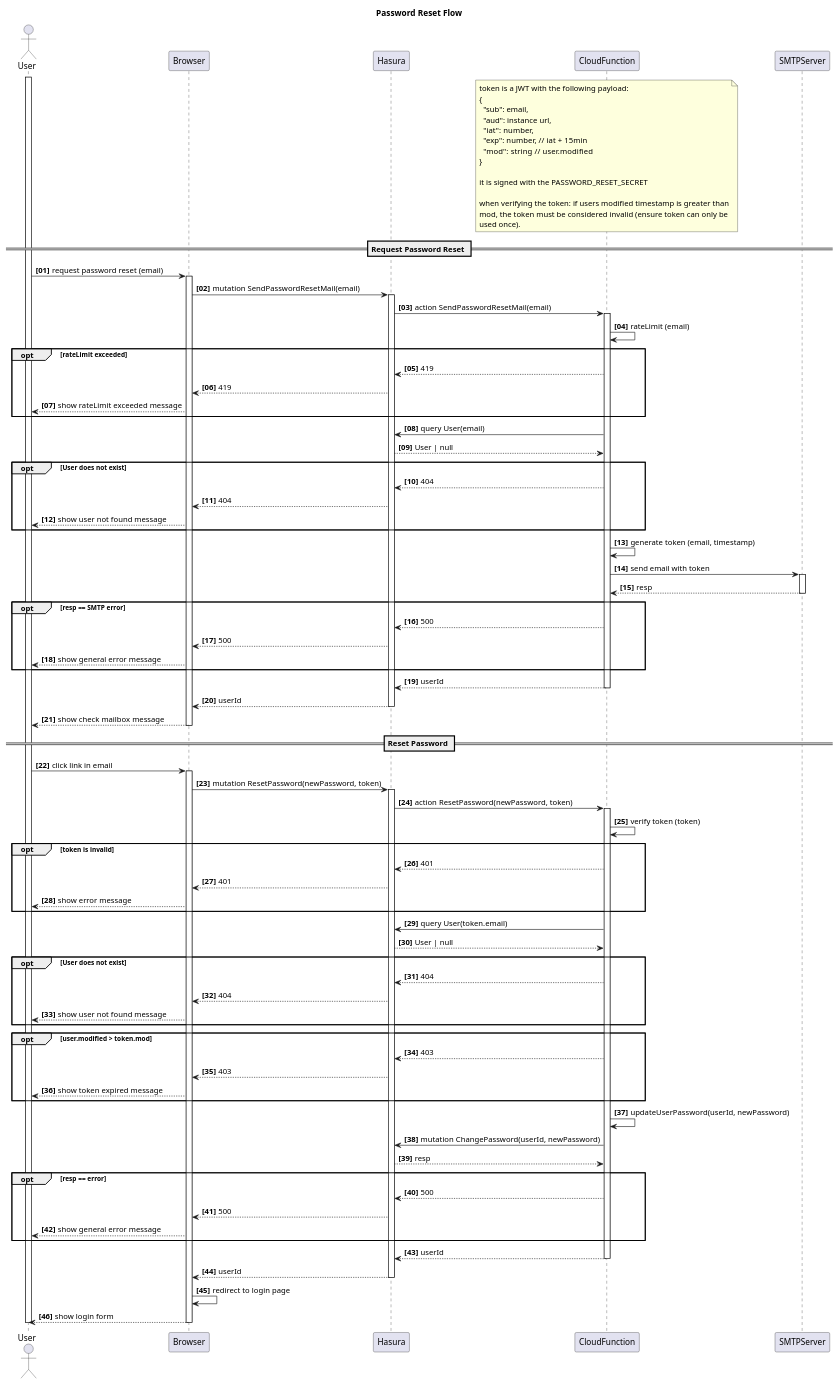
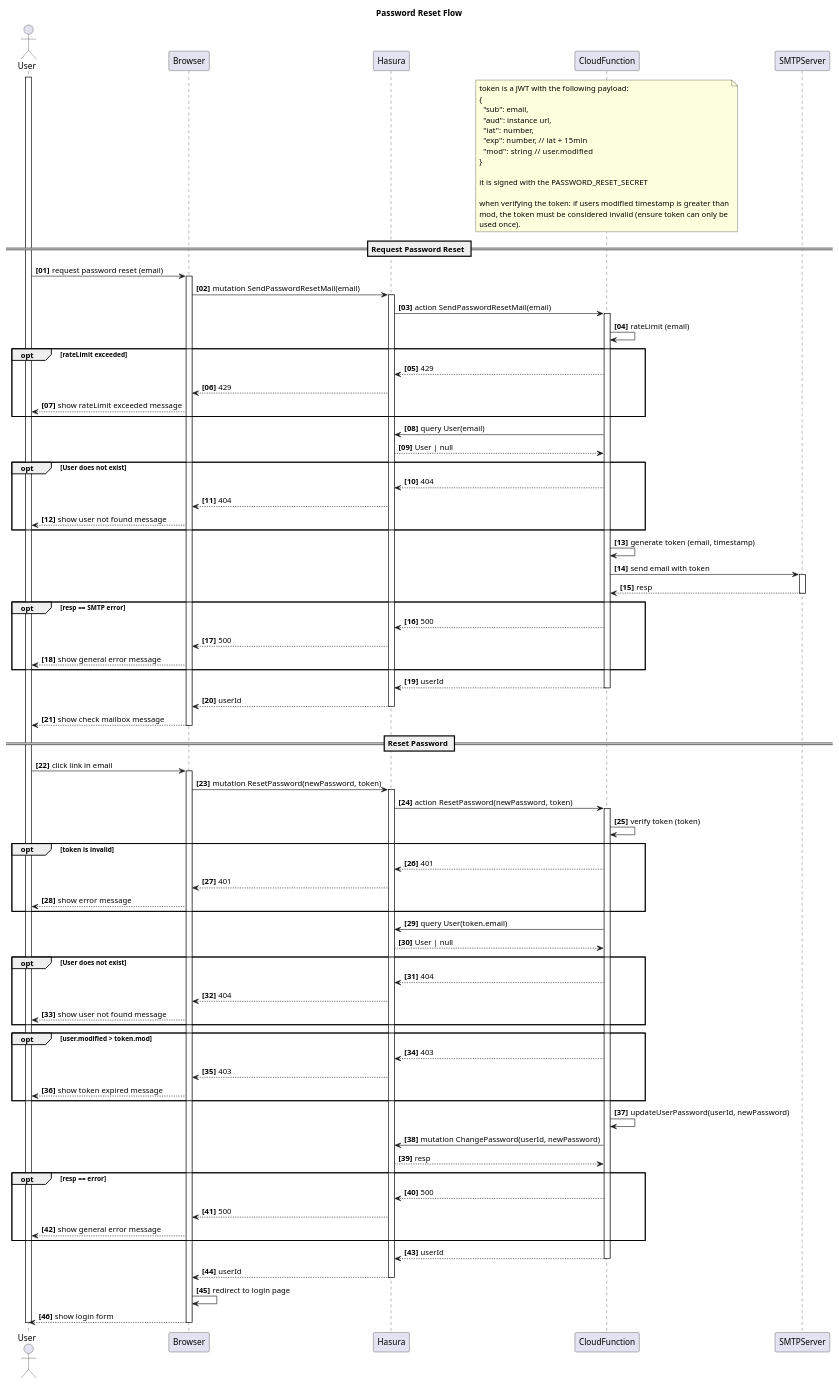
Before and after one commit to bolliger-tech/breedersdb.com: the diagram in cloud-function/docs/password-reset.puml, drawn with PlantUML.

Commit message:
[DOCS] fix wrong status code in password reset sequence diagram

```diff
--- a/cloud-function/docs/password-reset.puml
+++ b/cloud-function/docs/password-reset.puml
@@ -1,122 +1,122 @@
 @startuml Password Reset
 title Password Reset Flow
 
 autonumber "<b>[00]"
 
 actor User
 participant Browser
 participant Hasura
 participant CloudFunction
 participant SMTPServer
 
 note over CloudFunction
 token is a JWT with the following payload:
 {
   "sub": email,
   "aud": instance url,
   "iat": number,
   "exp": number, // iat + 15min
   "mod": string  // user.modified
 }
 
 it is signed with the PASSWORD_RESET_SECRET
 
 when verifying the token: if users modified timestamp is greater than
 mod, the token must be considered invalid (ensure token can only be
 used once).
 end note
 
 == Request Password Reset ==
 
 activate User
 User -> Browser: request password reset (email)
 activate Browser
 Browser -> Hasura: mutation SendPasswordResetMail(email)
 activate Hasura
 Hasura -> CloudFunction: action SendPasswordResetMail(email)
 activate CloudFunction
 CloudFunction -> CloudFunction: rateLimit (email)
 
 opt rateLimit exceeded
-    CloudFunction --> Hasura: 419
-    Hasura --> Browser: 419
+    CloudFunction --> Hasura: 429
+    Hasura --> Browser: 429
     Browser --> User: show rateLimit exceeded message
 end
 
 CloudFunction -> Hasura: query User(email)
 Hasura --> CloudFunction: User | null
 
 opt User does not exist
     CloudFunction --> Hasura: 404
     Hasura --> Browser: 404
     Browser --> User: show user not found message
 end
 
 CloudFunction -> CloudFunction: generate token (email, timestamp)
 CloudFunction -> SMTPServer: send email with token
 activate SMTPServer
 SMTPServer --> CloudFunction: resp
 deactivate SMTPServer
 
 opt resp == SMTP error
     CloudFunction --> Hasura: 500
     Hasura --> Browser: 500
     Browser --> User: show general error message
 end
 
 CloudFunction --> Hasura: userId
 deactivate CloudFunction
 Hasura --> Browser: userId
 deactivate Hasura
 Browser --> User: show check mailbox message
 deactivate Browser
 
 == Reset Password ==
 
 User -> Browser: click link in email
 activate Browser
 Browser -> Hasura: mutation ResetPassword(newPassword, token)
 activate Hasura
 Hasura -> CloudFunction: action ResetPassword(newPassword, token)
 activate CloudFunction
 CloudFunction -> CloudFunction: verify token (token)
 opt token is invalid
     CloudFunction --> Hasura: 401
     Hasura --> Browser: 401
     Browser --> User: show error message
 end
 
 CloudFunction -> Hasura: query User(token.email)
 Hasura --> CloudFunction: User | null
 opt User does not exist
     CloudFunction --> Hasura: 404
     Hasura --> Browser: 404
     Browser --> User: show user not found message
 end
 
 opt user.modified > token.mod
     CloudFunction --> Hasura: 403
     Hasura --> Browser: 403
     Browser --> User: show token expired message
 end
 
 CloudFunction -> CloudFunction: updateUserPassword(userId, newPassword)
 CloudFunction -> Hasura: mutation ChangePassword(userId, newPassword)
 Hasura --> CloudFunction: resp
 
 opt resp == error
     CloudFunction --> Hasura: 500
     Hasura --> Browser: 500
     Browser --> User: show general error message
 end
 
 CloudFunction --> Hasura: userId
 deactivate CloudFunction
 Hasura --> Browser: userId
 deactivate Hasura
 Browser -> Browser: redirect to login page
 Browser --> User: show login form
 deactivate Browser
 deactivate User
 
 @enduml
```
